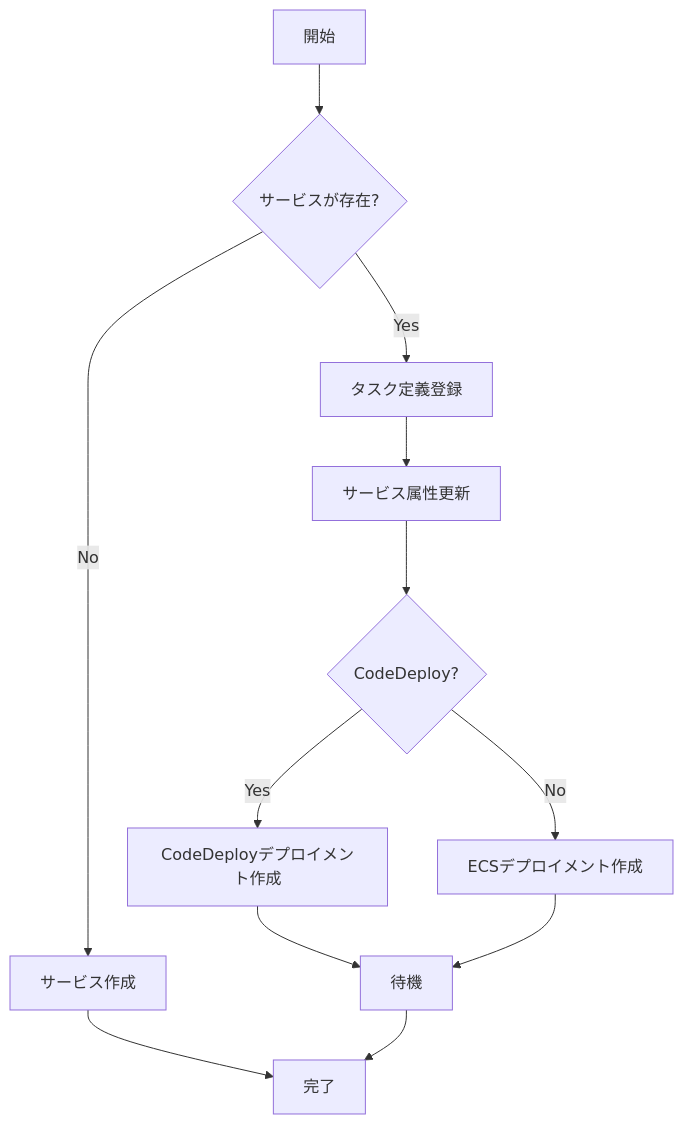
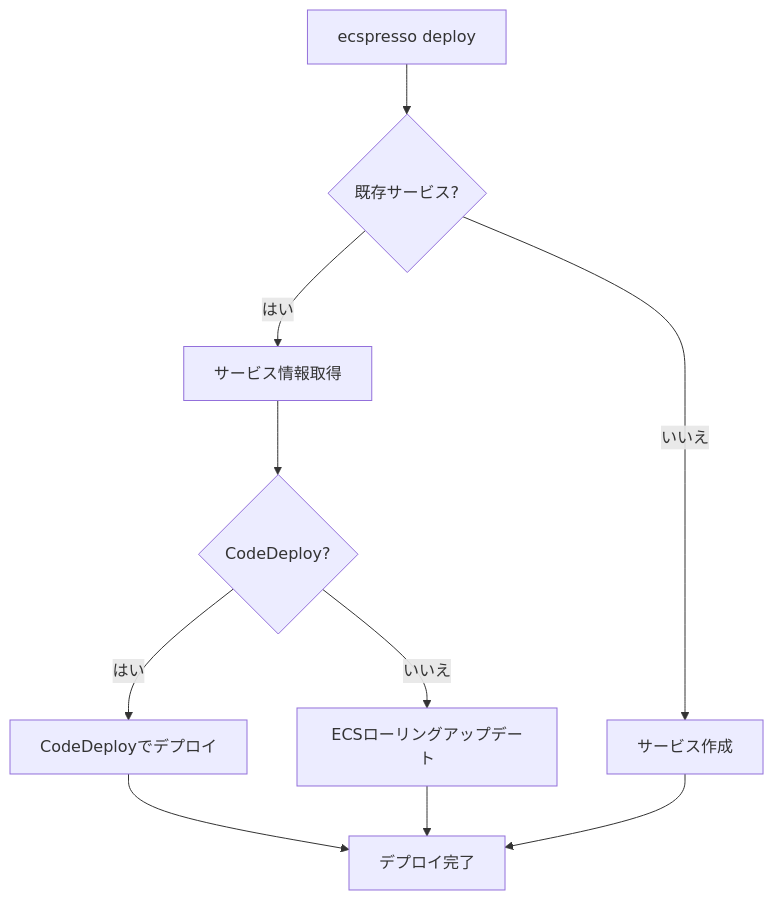
The diagram in ecspresso/commands/deploy.md (bufferings/devin-docs), drawn with Mermaid before and after one commit. The commit also changed other lines of this file and 16 other files, not shown here.

Commit message:
Create new ecspresso documentation based on source code analysis

````diff
--- a/ecspresso/commands/deploy.md
+++ b/ecspresso/commands/deploy.md
@@ -54,14 +67,12 @@
 ```mermaid
 graph TD
-    A[開始] --> B{サービスが存在?}
-    B -->|Yes| C[タスク定義登録]
-    B -->|No| D[サービス作成]
-    C --> E[サービス属性更新]
-    D --> F[完了]
-    E --> G{CodeDeploy?}
-    G -->|Yes| H[CodeDeployデプロイメント作成]
-    G -->|No| I[ECSデプロイメント作成]
-    H --> J[待機]
-    I --> J
-    J --> F
+    A[ecspresso deploy] --> B{既存サービス?}
+    B -->|はい| C[サービス情報取得]
+    B -->|いいえ| D[サービス作成]
+    C --> E{CodeDeploy?}
+    E -->|はい| F[CodeDeployでデプロイ]
+    E -->|いいえ| G[ECSローリングアップデート]
+    F --> H[デプロイ完了]
+    G --> H
+    D --> H
 ```
````
